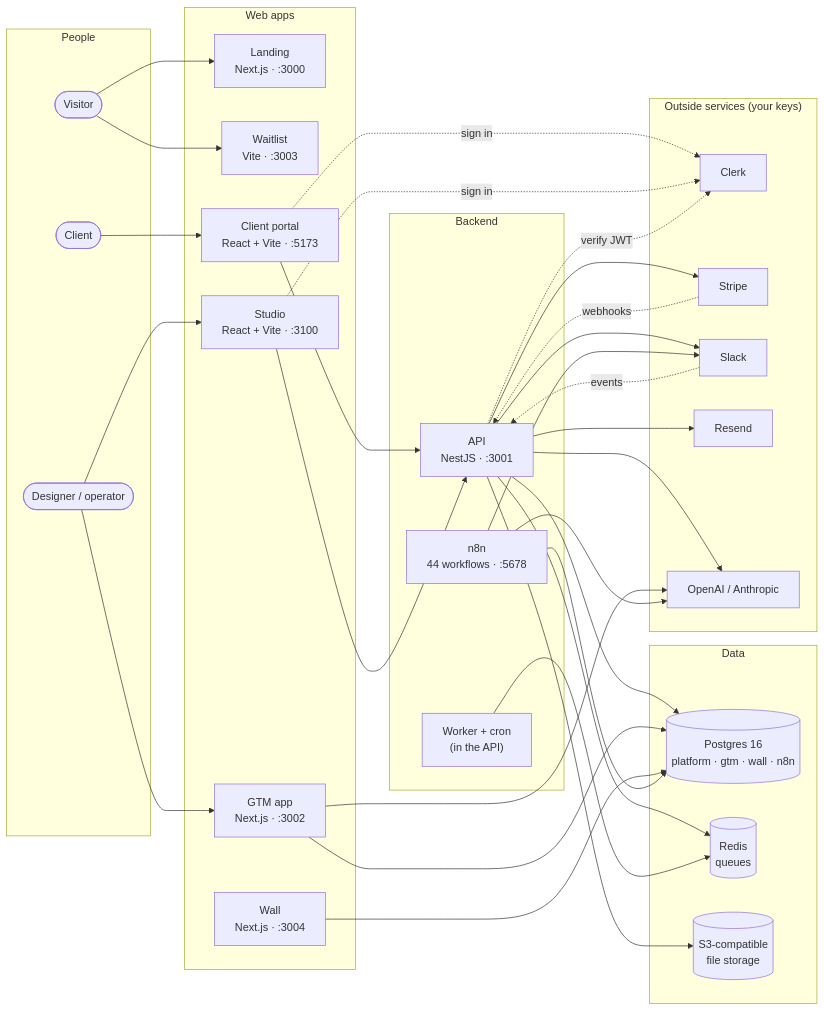
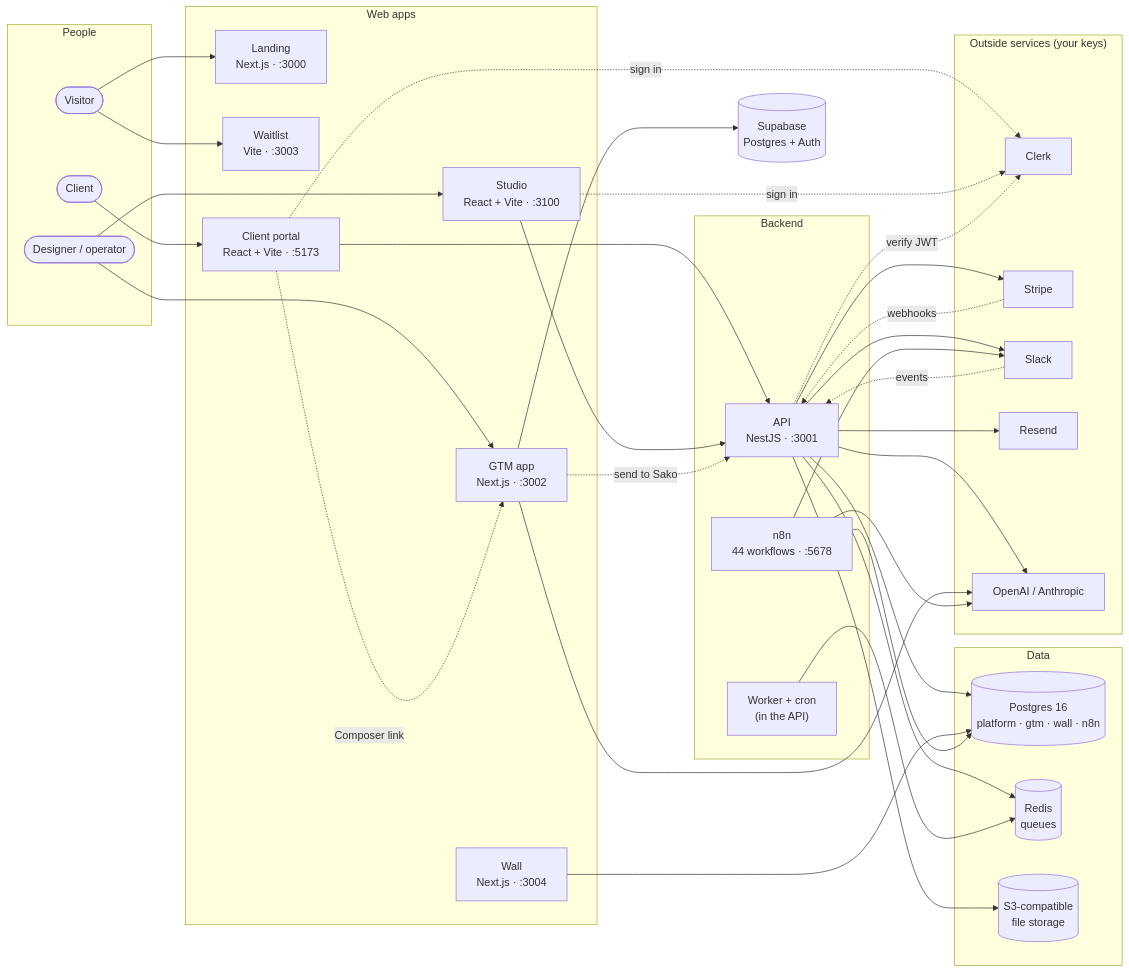
Before and after one commit to wicolian/sako: the first of 4 diagrams in README.md, drawn with Mermaid. The commit also changed other lines of this file and 341 other files, not shown here.

````diff
--- a/README.md
+++ b/README.md
@@ -251,54 +334,57 @@
 ```mermaid
 flowchart LR
     subgraph People
         V([Visitor])
         C([Client])
         D([Designer / operator])
     end
 
     subgraph Web["Web apps"]
         L["Landing<br/>Next.js · :3000"]
         W["Waitlist<br/>Vite · :3003"]
         CP["Client portal<br/>React + Vite · :5173"]
         ST["Studio<br/>React + Vite · :3100"]
         G["GTM app<br/>Next.js · :3002"]
         WL["Wall<br/>Next.js · :3004"]
     end
 
     subgraph Core["Backend"]
         API["API<br/>NestJS · :3001"]
         WK["Worker + cron<br/>(in the API)"]
         N8N["n8n<br/>44 workflows · :5678"]
     end
 
     subgraph Data
         PG[("Postgres 16<br/>platform · gtm · wall · n8n")]
         R[("Redis<br/>queues")]
         S3[("S3-compatible<br/>file storage")]
     end
 
     subgraph SaaS["Outside services (your keys)"]
         CL[Clerk]
         SP[Stripe]
         SL[Slack]
         RS[Resend]
         AI[OpenAI / Anthropic]
     end
 
     V --> L & W
     C --> CP
     D --> ST
     D --> G
     CP & ST --> API
     CP & ST -. sign in .-> CL
     API --> PG & R & S3
     API --> SP & SL & RS & AI
     API -. verify JWT .-> CL
     WK --> R
-    G --> PG & AI
+    G --> SB[("Supabase<br/>Postgres + Auth")]
+    G --> AI
+    G -. send to Sako .-> API
+    CP -. Composer link .-> G
     WL --> PG
     N8N --> PG
     N8N --> SL & AI
     SP -. webhooks .-> API
     SL -. events .-> API
 ```
````
